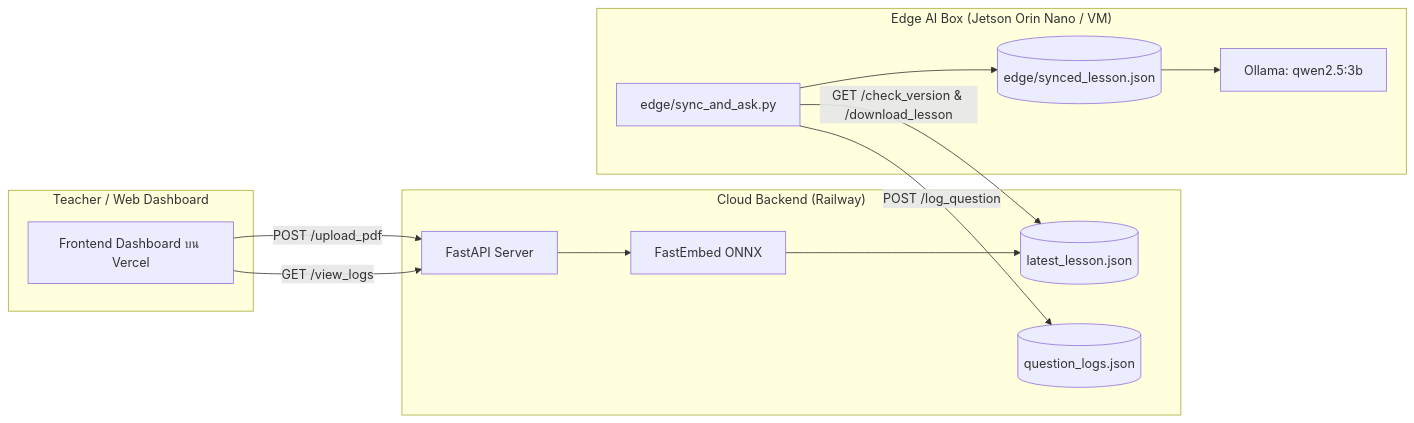
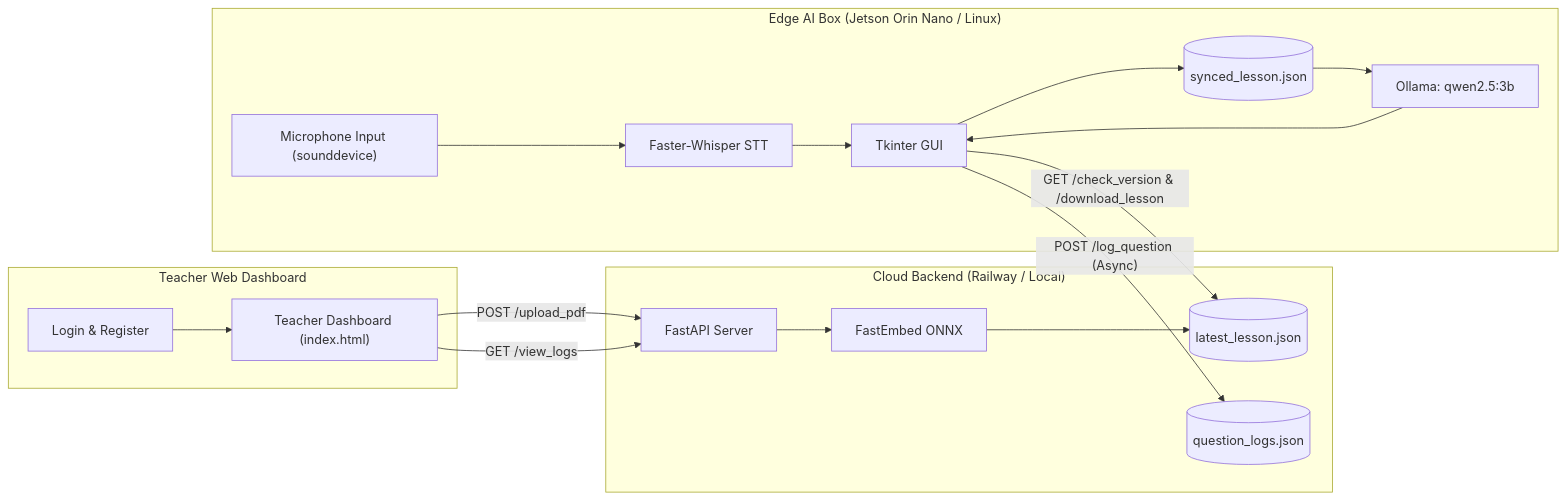
Before and after one commit to Ice9346/aibox: the diagram in README.md, drawn with Mermaid. The commit also changed other lines of this file and 10 other files, not shown here.

Commit message:
add frontend authentication and dashboard interfaces and update edge services

````diff
--- a/README.md
+++ b/README.md
@@ -9,28 +9,36 @@
 ```mermaid
 graph LR
-    subgraph UI ["Teacher / Web Dashboard"]
-        Dashboard["Frontend Dashboard บน Vercel"]
+    subgraph UI ["Teacher Web Dashboard"]
+        Auth["Login & Register"]
+        Dashboard["Teacher Dashboard (index.html)"]
     end
 
-    subgraph Cloud ["Cloud Backend (Railway)"]
+    subgraph Cloud ["Cloud Backend (Railway / Local)"]
         FastAPI["FastAPI Server"]
         FastEmbed["FastEmbed ONNX"]
         LessonStore[("latest_lesson.json")]
         LogStore[("question_logs.json")]
     end
 
-    subgraph Edge ["Edge AI Box (Jetson Orin Nano / VM)"]
-        SyncScript["edge/sync_and_ask.py"]
-        LocalVector[("edge/synced_lesson.json")]
+    subgraph Edge ["Edge AI Box (Jetson Orin Nano / Linux)"]
+        Mic["Microphone Input (sounddevice)"]
+        STT["Faster-Whisper STT"]
+        TkinterGUI["Tkinter GUI"]
+        LocalVector[("synced_lesson.json")]
         Ollama["Ollama: qwen2.5:3b"]
     end
 
+    Auth --> Dashboard
     Dashboard -->|"POST /upload_pdf"| FastAPI
     Dashboard -->|"GET /view_logs"| FastAPI
     FastAPI --> FastEmbed
     FastEmbed --> LessonStore
-    SyncScript -->|"GET /check_version & /download_lesson"| LessonStore
-    SyncScript --> LocalVector
+    
+    Mic --> STT
+    STT --> TkinterGUI
+    TkinterGUI -->|"GET /check_version & /download_lesson"| LessonStore
+    TkinterGUI --> LocalVector
     LocalVector --> Ollama
-    SyncScript -->|"POST /log_question"| LogStore
+    Ollama --> TkinterGUI
+    TkinterGUI -->|"POST /log_question (Async)"| LogStore
 ```
````
